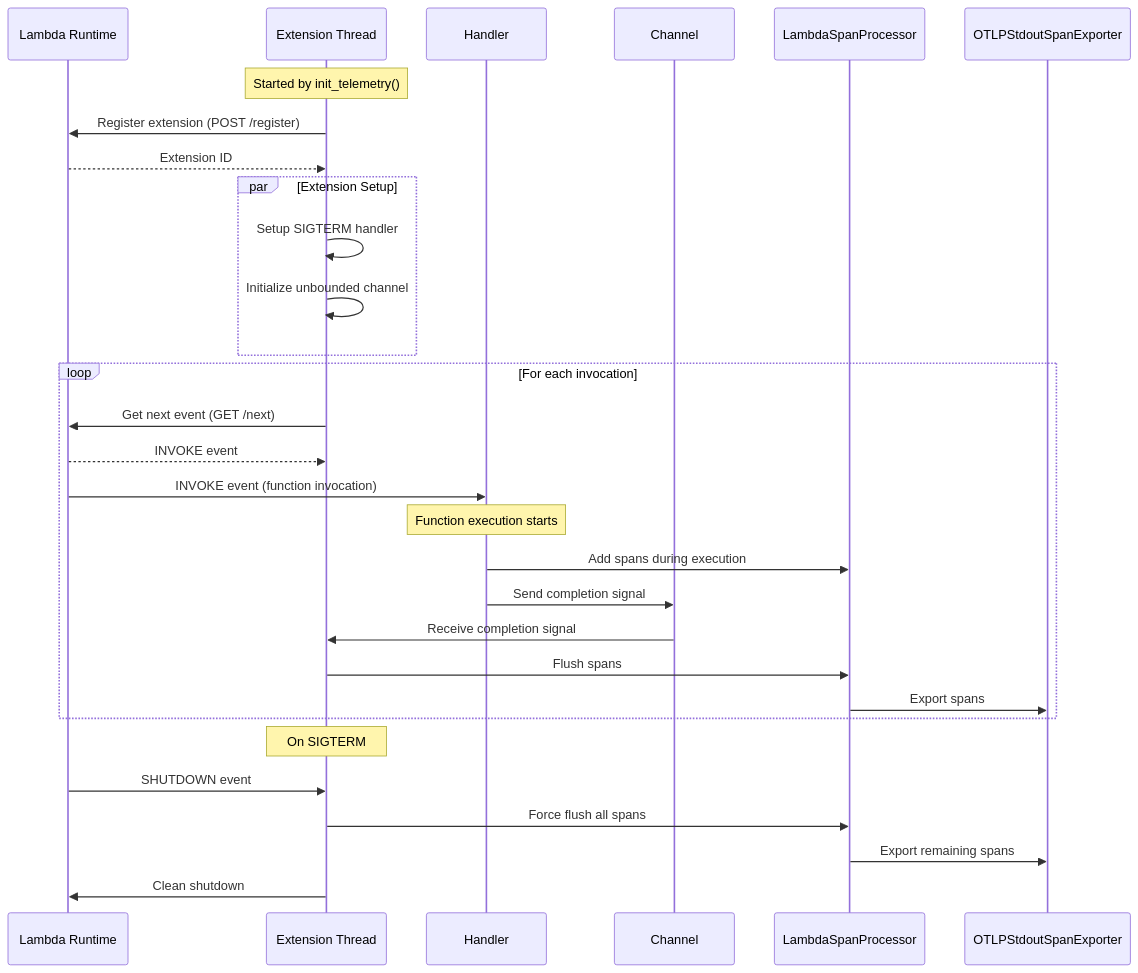
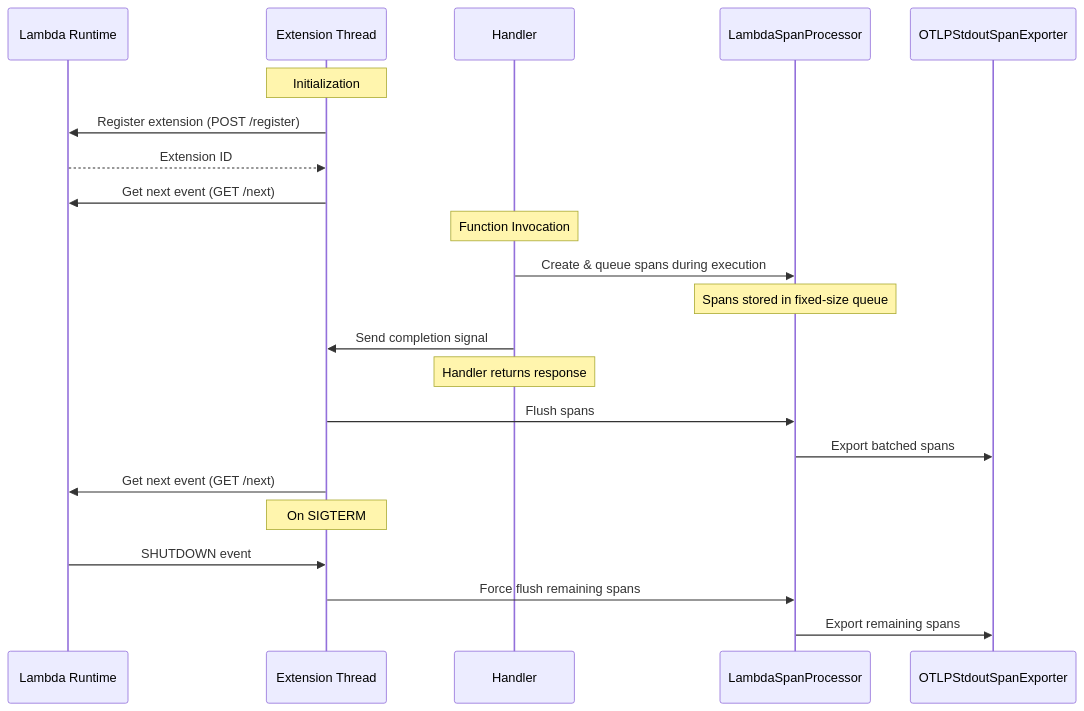
One commit to dev7a/serverless-otlp-forwarder changed the diagram in packages/rust/lambda-otel-lite/README.md. Above: the diagram before and after it, drawn with Mermaid. The commit also changed other lines of this file and 6 other files, not shown here.

````diff
--- a/packages/rust/lambda-otel-lite/README.md
+++ b/packages/rust/lambda-otel-lite/README.md
@@ -115,36 +238,29 @@
 ```mermaid
 sequenceDiagram
     participant Lambda Runtime
     participant Extension Thread
     participant Handler
-    participant Channel
     participant LambdaSpanProcessor
     participant OTLPStdoutSpanExporter
 
-    Note over Extension Thread: Started by init_telemetry()
+    Note over Extension Thread: Initialization
     Extension Thread->>Lambda Runtime: Register extension (POST /register)
     Lambda Runtime-->>Extension Thread: Extension ID
-
-    par Extension Setup
-        Extension Thread->>Extension Thread: Setup SIGTERM handler
-        Extension Thread->>Extension Thread: Initialize unbounded channel
-    end
-
-    loop For each invocation
-        Extension Thread->>Lambda Runtime: Get next event (GET /next)
-        Lambda Runtime-->>Extension Thread: INVOKE event
-        Lambda Runtime->>Handler: INVOKE event (function invocation)
-        Note over Handler: Function execution starts
-        Handler->>LambdaSpanProcessor: Add spans during execution
-        Handler->>Channel: Send completion signal
-        Channel->>Extension Thread: Receive completion signal
-        Extension Thread->>LambdaSpanProcessor: Flush spans
-        LambdaSpanProcessor->>OTLPStdoutSpanExporter: Export spans
-    end
-
+    Extension Thread->>Lambda Runtime: Get next event (GET /next)
+    
+    Note over Handler: Function Invocation
+    Handler->>LambdaSpanProcessor: Create & queue spans during execution
+    Note over LambdaSpanProcessor: Spans stored in fixed-size queue
+    
+    Handler->>Extension Thread: Send completion signal
+    Note over Handler: Handler returns response
+    
+    Extension Thread->>LambdaSpanProcessor: Flush spans
+    LambdaSpanProcessor->>OTLPStdoutSpanExporter: Export batched spans
+    Extension Thread->>Lambda Runtime: Get next event (GET /next)
+    
     Note over Extension Thread: On SIGTERM
-    Lambda Runtime->>Extension Thread: SHUTDOWN event
-    Extension Thread->>LambdaSpanProcessor: Force flush all spans
+    Lambda Runtime->>Extension Thread: SHUTDOWN event  
+    Extension Thread->>LambdaSpanProcessor: Force flush remaining spans
     LambdaSpanProcessor->>OTLPStdoutSpanExporter: Export remaining spans
-    Extension Thread->>Lambda Runtime: Clean shutdown
 ```
````
